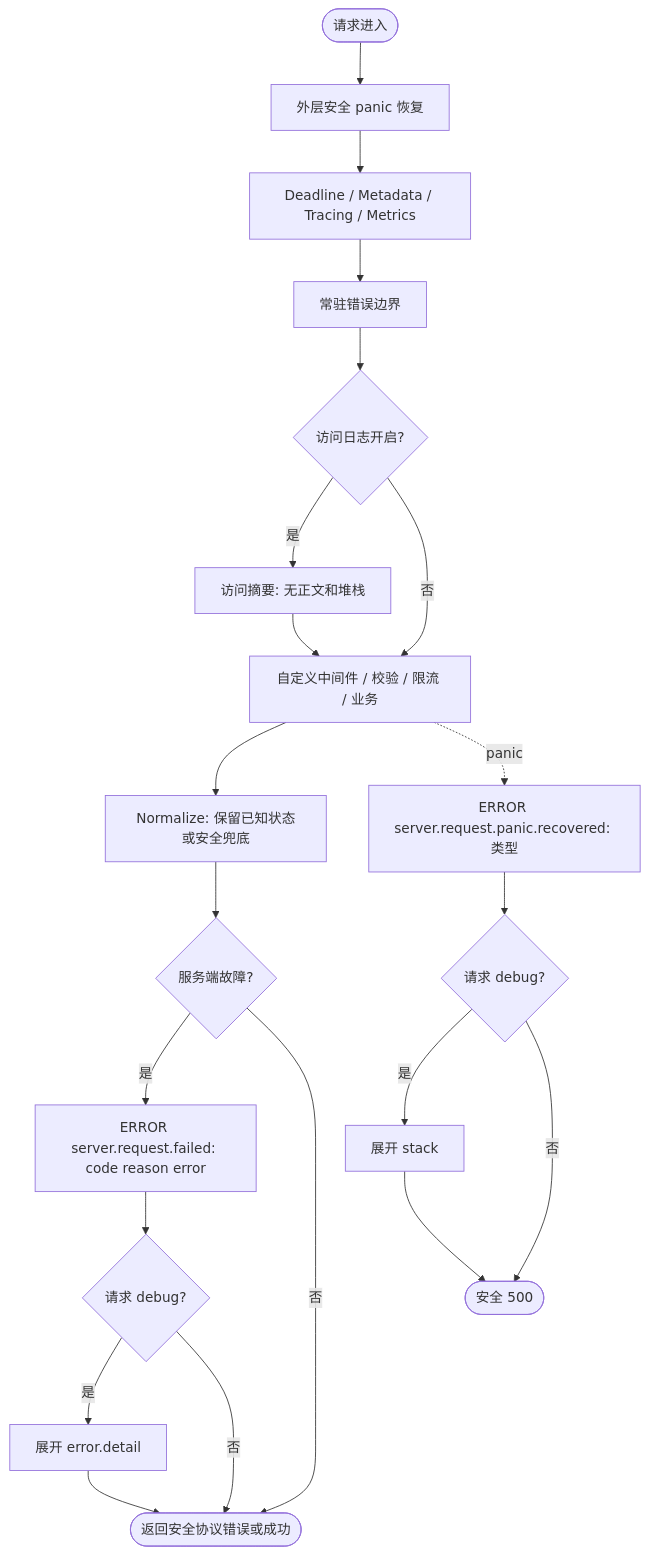
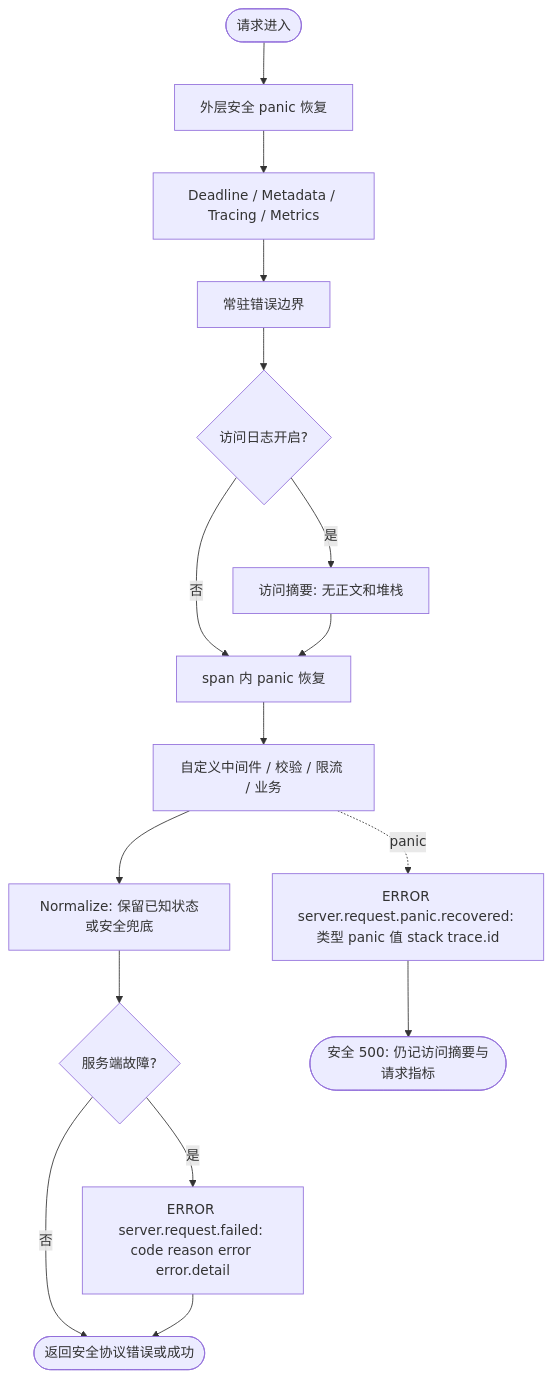
One commit to jaggerzhuang1994/kratos-foundation changed diagram 11 of 11 in pkg/server/README.md. Above: the diagram before and after it, drawn with Mermaid. The commit also changed other lines of this file and 24 other files, not shown here.

````diff
--- a/pkg/server/README.md
+++ b/pkg/server/README.md
@@ -627,24 +627,18 @@
 ```mermaid
 flowchart TD
     A([请求进入]) --> B[外层安全 panic 恢复]
     B --> C[Deadline / Metadata / Tracing / Metrics]
     C --> D[常驻错误边界]
     D --> E{访问日志开启?}
     E -- 是 --> F[访问摘要: 无正文和堆栈]
-    E -- 否 --> G[自定义中间件 / 校验 / 限流 / 业务]
-    F --> G
+    E -- 否 --> R[span 内 panic 恢复]
+    F --> R
+    R --> G[自定义中间件 / 校验 / 限流 / 业务]
     G --> H[Normalize: 保留已知状态或安全兜底]
     H --> I{服务端故障?}
-    I -- 是 --> J[ERROR server.request.failed: code reason error]
+    I -- 是 --> J[ERROR server.request.failed: code reason error error.detail]
     I -- 否 --> K([返回安全协议错误或成功])
-    J --> N{请求 debug?}
-    N -- 是 --> O[展开 error.detail]
-    N -- 否 --> K
-    O --> K
-    G -. panic .-> L[ERROR server.request.panic.recovered: 类型]
-    L --> P{请求 debug?}
-    P -- 是 --> Q[展开 stack]
-    P -- 否 --> M
-    Q --> M
-    M([安全 500])
+    J --> K
+    G -. panic .-> L[ERROR server.request.panic.recovered: 类型 panic 值 stack trace.id]
+    L --> M([安全 500: 仍记访问摘要与请求指标])
 ```
````
